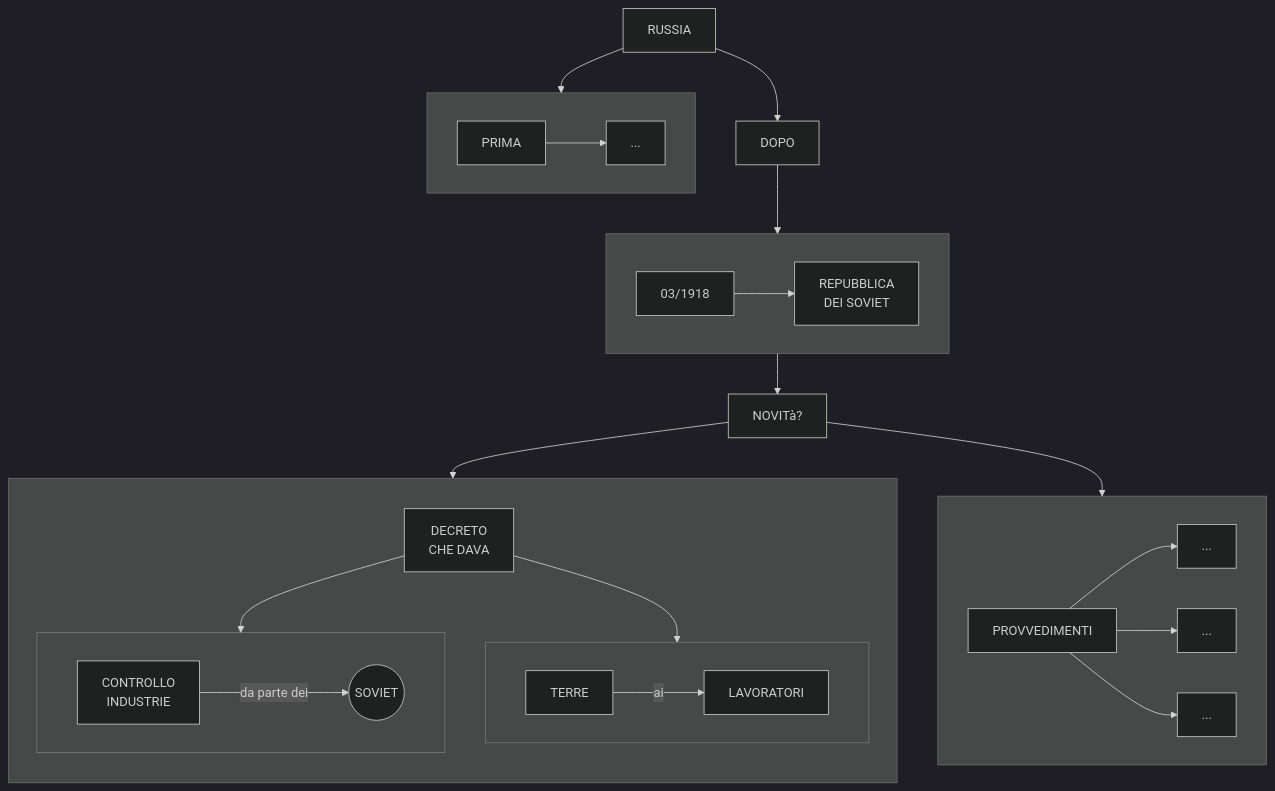
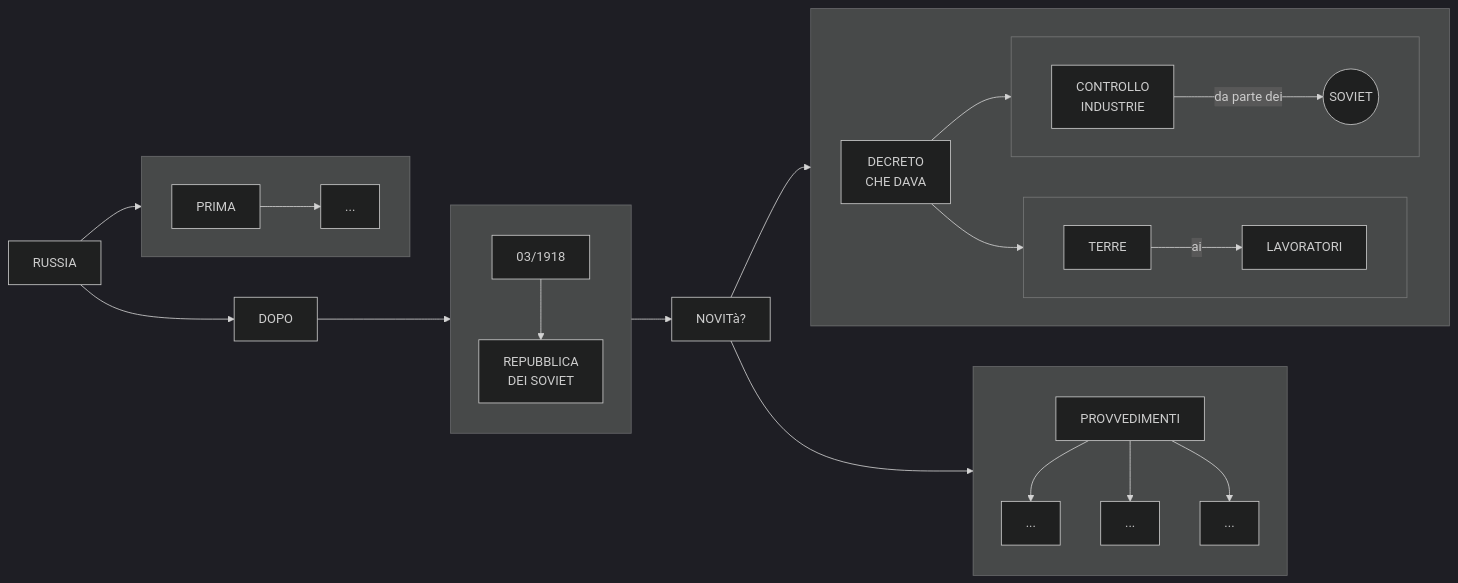
One commit to Laaouatni/ricerca-storia-MermaidJS changed the second of 2 diagrams in stalinismo.md. Above: the diagram before and after it, drawn with Mermaid (dark theme).

````diff
--- a/stalinismo.md
+++ b/stalinismo.md
@@ -34,37 +34,40 @@
 ```mermaid
-flowchart TB
+flowchart LR
     0[RUSSIA]
     subgraph 01[" "]
+        direction LR
         010[PRIMA] -->
         0100[...]
     end
     02[DOPO]
     subgraph 020[" "]
         0200[03/1918] -->
         02000[REPUBBLICA <br> DEI SOVIET]
     end
     03[NOVITà?]
     subgraph 033[" "]
-        direction TB
+        direction LR
         030[DECRETO <br> CHE DAVA]
         subgraph 031[" "]
+            direction LR
             0310[TERRE] --> |ai| 03100[LAVORATORI]
         end
         subgraph 032[" "]
+            direction LR
             0320[CONTROLLO<br>INDUSTRIE]
             03200((SOVIET))
             0320 -->|da parte dei| 03200
         end
         030 --> 031 & 032
     end
     subgraph 036[" "]
         035[PROVVEDIMENTI]
         0350[...]
         0351[...]
         0352[...]
     end
     035 --> 0350 & 0351 & 0352;
     0 --> 01
     0 --> 02 --> 020
     020 --> 03 --> 033 & 036
 ```
````
